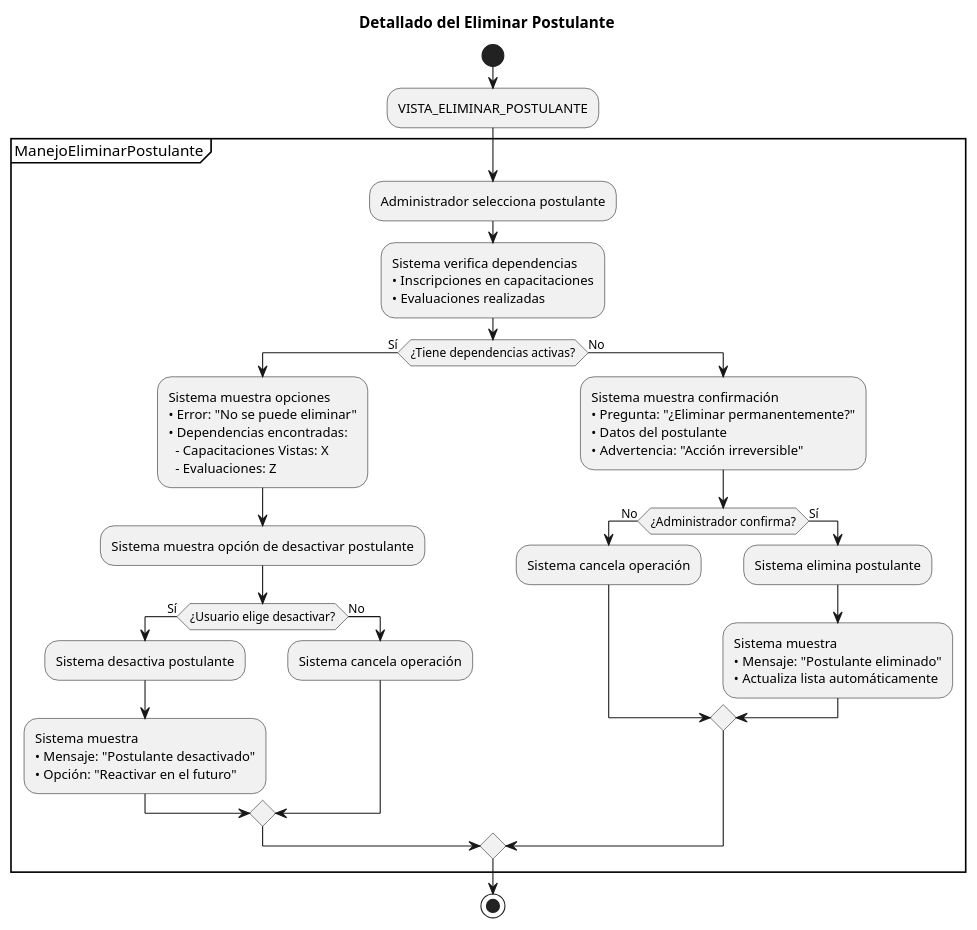
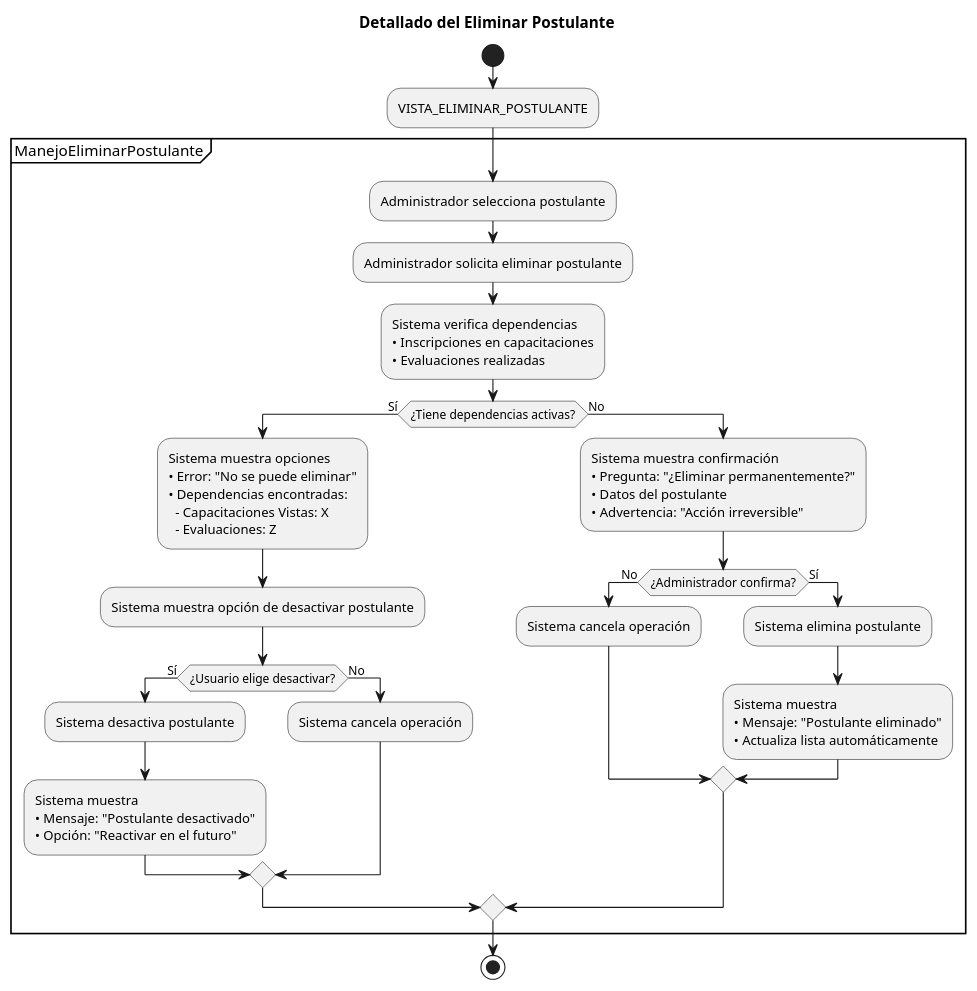
Before and after one commit to Dievex/24-25-IdSw1-SDR: the diagram in casos_de_uso/diagramas_casos_de_uso_detallados/eliminar_postulante.puml, drawn with PlantUML. The commit also changed 1 other file, not shown here.

Commit message:
docs(use-case-diagrams): update detailed diagrams for candidate and test deletion

```diff
--- a/casos_de_uso/diagramas_casos_de_uso_detallados/eliminar_postulante.puml
+++ b/casos_de_uso/diagramas_casos_de_uso_detallados/eliminar_postulante.puml
@@ -1,62 +1,63 @@
 @startuml
 title Detallado del Eliminar Postulante
 
 start
 
 :VISTA_ELIMINAR_POSTULANTE;
 
 partition ManejoEliminarPostulante {
   
   :Administrador selecciona postulante;
+  :Administrador solicita eliminar postulante;
   
   :Sistema verifica dependencias
   • Inscripciones en capacitaciones
   • Evaluaciones realizadas;
 
   
   if (¿Tiene dependencias activas?) then (Sí)
     :Sistema muestra opciones
     • Error: "No se puede eliminar"
     • Dependencias encontradas:
       - Capacitaciones Vistas: X
       - Evaluaciones: Z;
 
     :Sistema muestra opción de desactivar postulante;
     
     if (¿Usuario elige desactivar?) then (Sí)
       :Sistema desactiva postulante;
       
       :Sistema muestra
       • Mensaje: "Postulante desactivado"
       • Opción: "Reactivar en el futuro";
       
     else (No)
       :Sistema cancela operación;
       
     endif
     
   else (No)
     :Sistema muestra confirmación
     • Pregunta: "¿Eliminar permanentemente?"
     • Datos del postulante
     • Advertencia: "Acción irreversible";
     
     if (¿Administrador confirma?) then (No)
       :Sistema cancela operación;
       
     else (Sí)
       :Sistema elimina postulante;
     
       
       :Sistema muestra
       • Mensaje: "Postulante eliminado"
       • Actualiza lista automáticamente;
       
     endif
     
   endif
   
 }
 
 stop
 @enduml
```
